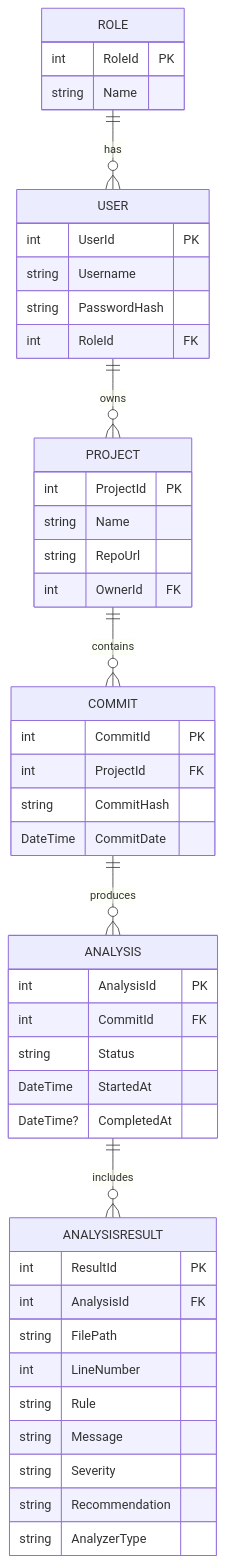
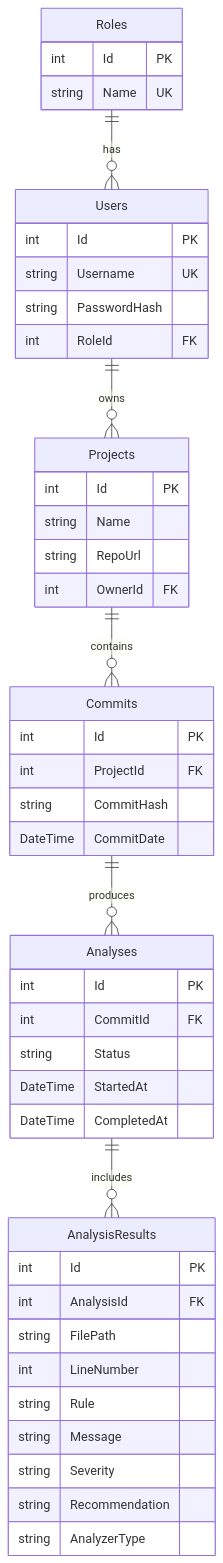
Before and after one commit to Vol4ok-69/CourseProject: the diagram in docs/Исполнительное резюме.md, drawn with Mermaid. The commit also changed other lines of this file and 6 other files, not shown here.

````diff
--- a/docs/Исполнительное резюме.md
+++ b/docs/Исполнительное резюме.md
@@ -38,49 +56,49 @@
 ```mermaid
 erDiagram
-    ROLE ||--o{ USER           : has
-    USER ||--o{ PROJECT        : owns
-    PROJECT ||--o{ COMMIT      : contains
-    COMMIT ||--o{ ANALYSIS     : produces
-    ANALYSIS ||--o{ ANALYSISRESULT : includes
+    Roles ||--o{ Users : "has"
+    Users ||--o{ Projects : "owns"
+    Projects ||--o{ Commits : "contains"
+    Commits ||--o{ Analyses : "produces"
+    Analyses ||--o{ AnalysisResults : "includes"
 
-    ROLE {
-        int RoleId PK
-        string Name
+    Roles {
+        int Id PK
+        string Name UK
     }
-    USER {
-        int UserId PK
-        string Username
+    Users {
+        int Id PK
+        string Username UK
         string PasswordHash
         int RoleId FK
     }
-    PROJECT {
-        int ProjectId PK
+    Projects {
+        int Id PK
         string Name
         string RepoUrl
         int OwnerId FK
     }
-    COMMIT {
-        int CommitId PK
+    Commits {
+        int Id PK
         int ProjectId FK
         string CommitHash
         DateTime CommitDate
     }
-    ANALYSIS {
-        int AnalysisId PK
+    Analyses {
+        int Id PK
         int CommitId FK
         string Status
         DateTime StartedAt
-        DateTime? CompletedAt
+        DateTime CompletedAt
     }
-    ANALYSISRESULT {
-        int ResultId PK
+    AnalysisResults {
+        int Id PK
         int AnalysisId FK
         string FilePath
         int LineNumber
         string Rule
         string Message
         string Severity
         string Recommendation
         string AnalyzerType
     }
-```  
+```
````
